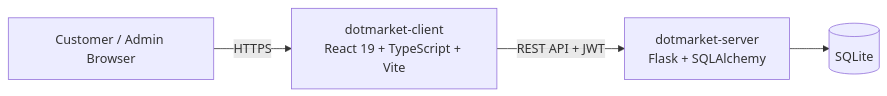
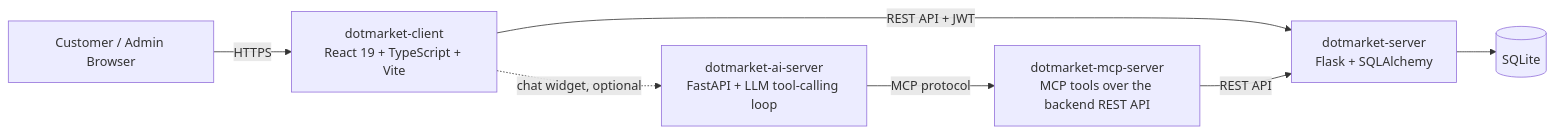
The diagram in Readme.md (dotcomico/dotmarket), drawn with Mermaid before and after one commit. The commit also changed other lines of this file and 2 other files, not shown here.

Commit message:
docs: update README and QUICK_START for AI chat assistant integration and repository structure

````diff
--- a/Readme.md
+++ b/Readme.md
@@ -106,6 +107,9 @@
 ```mermaid
 flowchart LR
     U["Customer / Admin Browser"] -->|HTTPS| FE["dotmarket-client\nReact 19 + TypeScript + Vite"]
     FE -->|REST API + JWT| BE["dotmarket-server\nFlask + SQLAlchemy"]
     BE --> DB[("SQLite")]
+    FE -.->|chat widget, optional| AI["dotmarket-ai-server\nFastAPI + LLM tool-calling loop"]
+    AI -->|MCP protocol| MCP["dotmarket-mcp-server\nMCP tools over the backend REST API"]
+    MCP -->|REST API| BE
 ```
````
